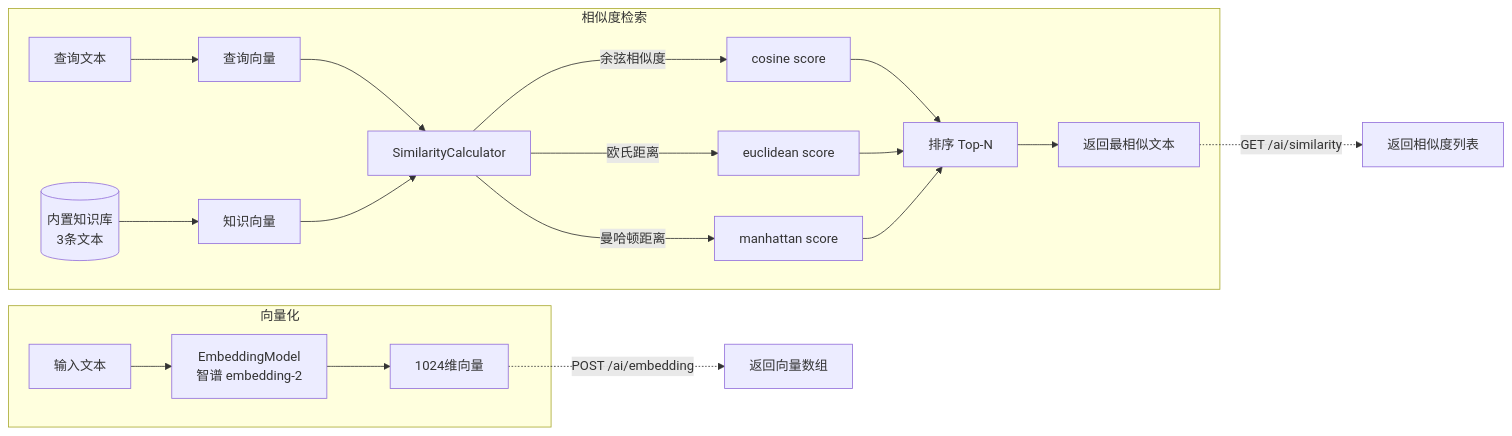
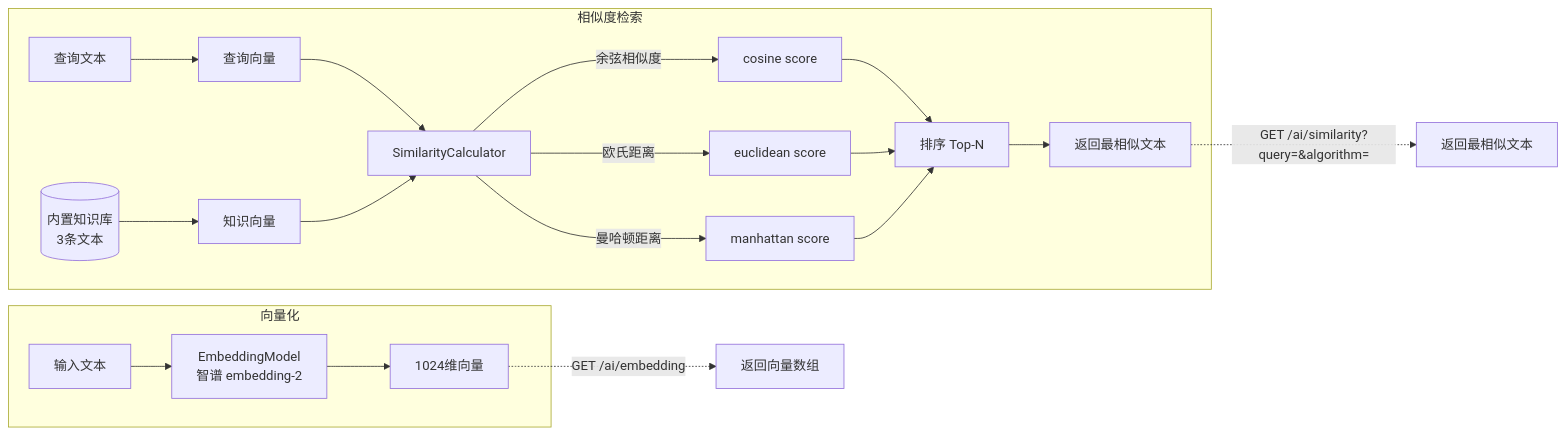
Before and after one commit to jasonsoso/spring-ai-demo: the fourth of 15 diagrams in demo2/README.md, drawn with Mermaid. The commit also changed other lines of this file and 1 other file, not shown here.

````diff
--- a/demo2/README.md
+++ b/demo2/README.md
@@ -694,22 +760,22 @@
 ```mermaid
 flowchart LR
     subgraph 向量化
         IN[输入文本] --> EM[EmbeddingModel\n智谱 embedding-2]
         EM --> VEC[1024维向量]
     end
 
     subgraph 相似度检索
         Q[查询文本] --> QV[查询向量]
         QV --> CALC[SimilarityCalculator]
         CALC -->|余弦相似度| S1[cosine score]
         CALC -->|欧氏距离| S2[euclidean score]
         CALC -->|曼哈顿距离| S3[manhattan score]
         KB[(内置知识库\n3条文本)] --> KV[知识向量]
         KV --> CALC
         S1 & S2 & S3 --> RANK[排序 Top-N]
         RANK --> RES[返回最相似文本]
     end
 
-    VEC -.->|POST /ai/embedding| OUT[返回向量数组]
-    RES -.->|GET /ai/similarity| OUT2[返回相似度列表]
+    VEC -.->|GET /ai/embedding| OUT[返回向量数组]
+    RES -.->|GET /ai/similarity?query=&algorithm=| OUT2[返回最相似文本]
 ```
````
